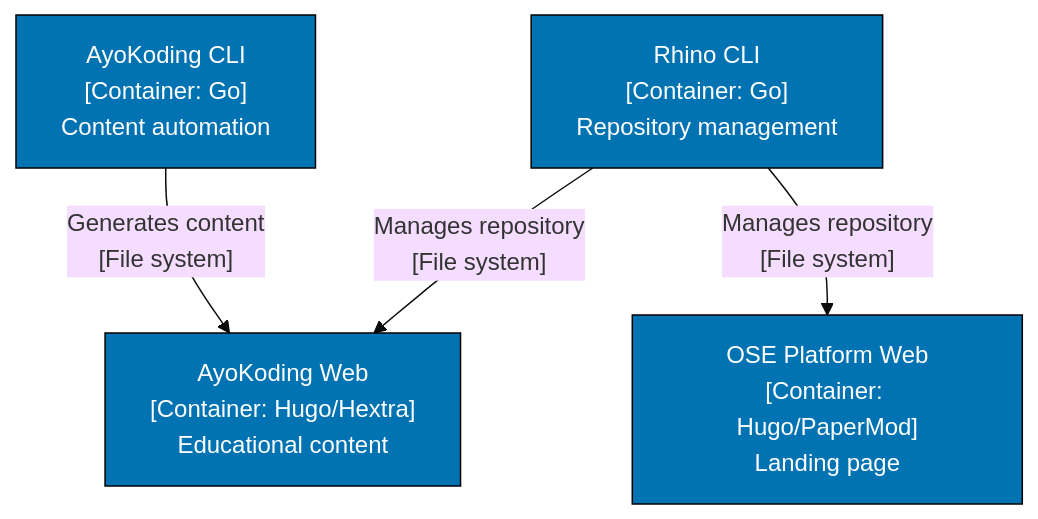
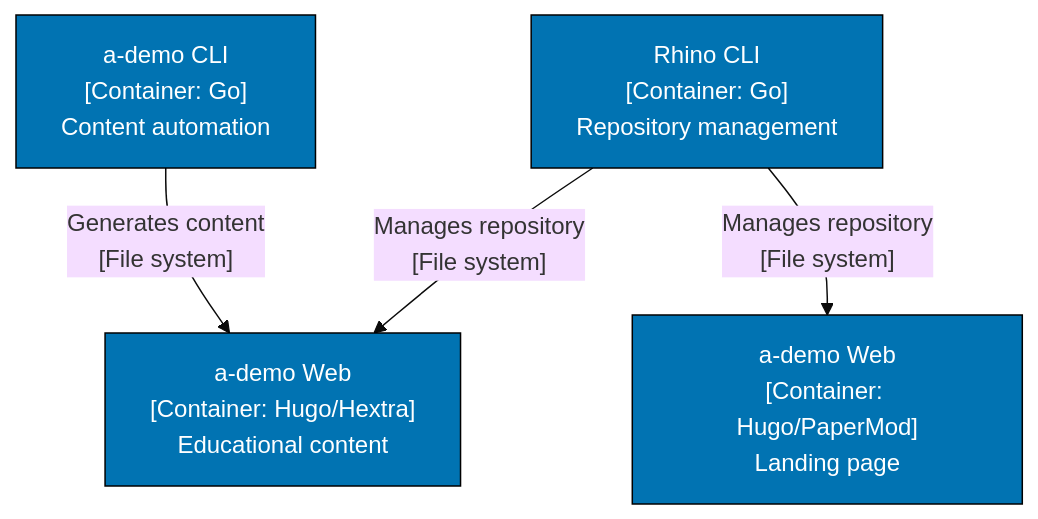
One commit to wahidyankf/ose-primer changed the first of 2 diagrams in docs/explanation/software-engineering/architecture/c4-architecture-model/nx-workspace-visualization.md. Above: the diagram before and after it, drawn with Mermaid (base theme). The commit also changed other lines of this file and 397 other files, not shown here.

````diff
--- a/docs/explanation/software-engineering/architecture/c4-architecture-model/nx-workspace-visualization.md
+++ b/docs/explanation/software-engineering/architecture/c4-architecture-model/nx-workspace-visualization.md
@@ -48,13 +48,13 @@
 ```mermaid
 graph TD
-    OseWeb["OSE Platform Web<br/>[Container: Hugo/PaperMod]<br/>Landing page"]:::blue
-    AyoWeb["AyoKoding Web<br/>[Container: Hugo/Hextra]<br/>Educational content"]:::blue
-    AyoCLI["AyoKoding CLI<br/>[Container: Go]<br/>Content automation"]:::blue
+    OseWeb["a-demo Web<br/>[Container: Hugo/PaperMod]<br/>Landing page"]:::blue
+    AyoWeb["a-demo Web<br/>[Container: Hugo/Hextra]<br/>Educational content"]:::blue
+    AyoCLI["a-demo CLI<br/>[Container: Go]<br/>Content automation"]:::blue
     RhinoCLI["Rhino CLI<br/>[Container: Go]<br/>Repository management"]:::blue
 
     AyoCLI -->|"Generates content<br/>[File system]"| AyoWeb
     RhinoCLI -->|"Manages repository<br/>[File system]"| OseWeb
     RhinoCLI -->|"Manages repository<br/>[File system]"| AyoWeb
 
     classDef blue fill:#0173B2,stroke:#000,color:#FFF
 ```
````
